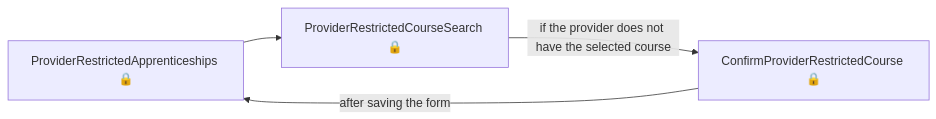
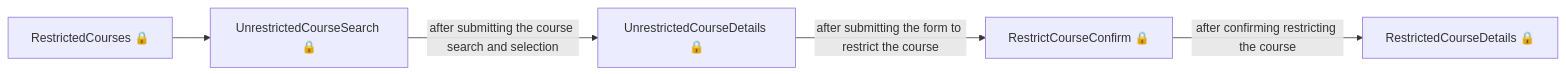
One commit to talentconsulting/atlas-dfe changed the eighth of 11 diagrams in das-admin-roatp-web/user-journeys/user-journeys.md. Above: the diagram before and after it, drawn with Mermaid. The commit also changed other lines of this file and 22 other files, not shown here.

````diff
--- a/das-admin-roatp-web/user-journeys/user-journeys.md
+++ b/das-admin-roatp-web/user-journeys/user-journeys.md
@@ -142,6 +103,7 @@
 ```mermaid
 flowchart LR
-  p0["ProviderRestrictedApprenticeships 🔒"] --> p1["ProviderRestrictedCourseSearch 🔒"]
-  p1["ProviderRestrictedCourseSearch 🔒"] -->|"if the provider does not have the selected course"| p2["ConfirmProviderRestrictedCourse 🔒"]
-  p2["ConfirmProviderRestrictedCourse 🔒"] -->|"after saving the form"| p0["ProviderRestrictedApprenticeships 🔒"]
+  p0["RestrictedCourses 🔒"] --> p1["UnrestrictedCourseSearch 🔒"]
+  p1["UnrestrictedCourseSearch 🔒"] -->|"after submitting the course search and selection"| p2["UnrestrictedCourseDetails 🔒"]
+  p2["UnrestrictedCourseDetails 🔒"] -->|"after submitting the form to restrict the course"| p3["RestrictCourseConfirm 🔒"]
+  p3["RestrictCourseConfirm 🔒"] -->|"after confirming restricting the course"| p4["RestrictedCourseDetails 🔒"]
 ```
````
